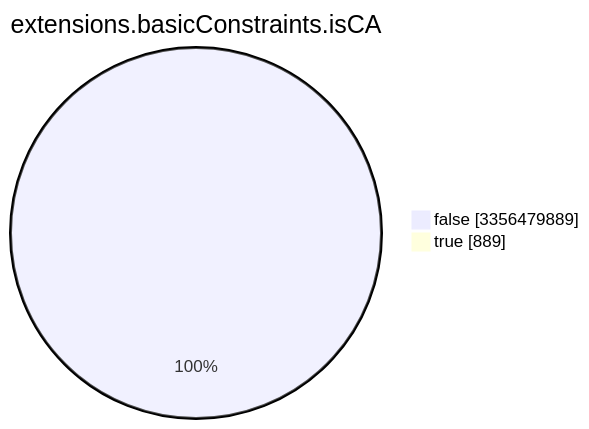
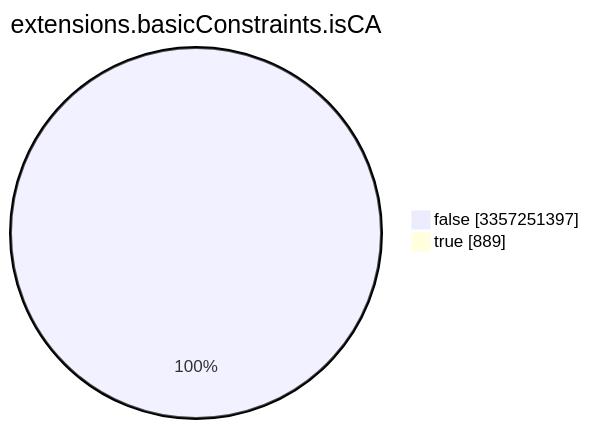
The seventh of 15 diagrams in TOTAL/README.md (christiankrug/ctmonitor_visualization), drawn with Mermaid before and after one commit. The commit also changed other lines of this file, not shown here.

````diff
--- a/TOTAL/README.md
+++ b/TOTAL/README.md
@@ -3089,6 +3090,6 @@
 ```mermaid
 pie showData
 title extensions.basicConstraints.isCA
-"false" :3356479889
+"false" :3357251397
 "true" :889
 ```
````
